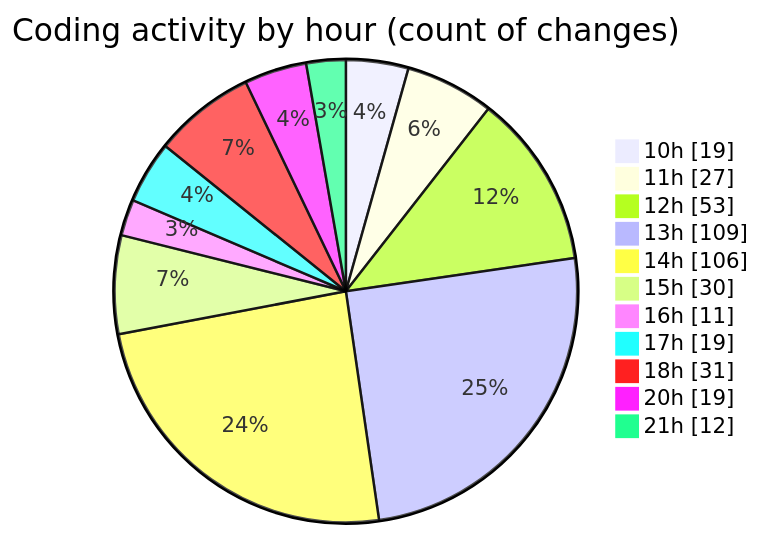
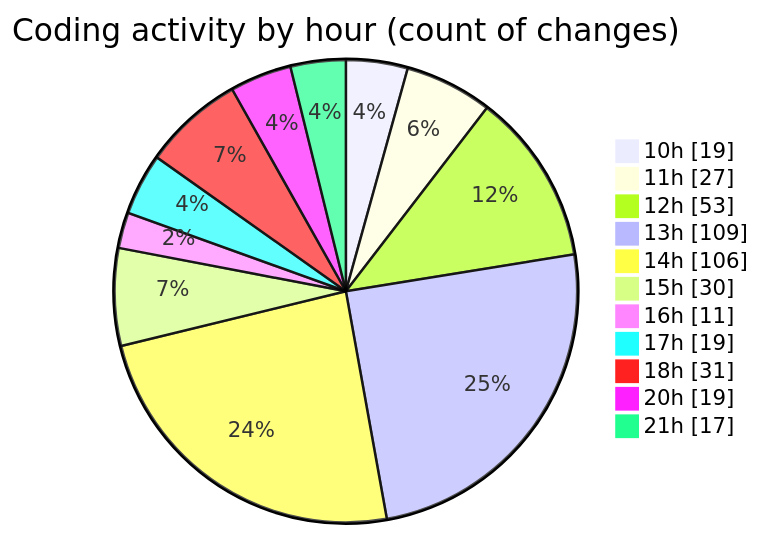
The second of 2 diagrams in 2025-03-18/cda/README.md (momahboobian/code-tracking), drawn with Mermaid before and after one commit. The commit also changed other lines of this file and 1 other file, not shown here.

````diff
--- a/2025-03-18/cda/README.md
+++ b/2025-03-18/cda/README.md
@@ -44,15 +44,15 @@
 ```mermaid
 pie showData
 title Coding activity by hour (count of changes)
 "10h" : 19
 "11h" : 27
 "12h" : 53
 "13h" : 109
 "14h" : 106
 "15h" : 30
 "16h" : 11
 "17h" : 19
 "18h" : 31
 "20h" : 19
-"21h" : 12
+"21h" : 17
 ```
````
